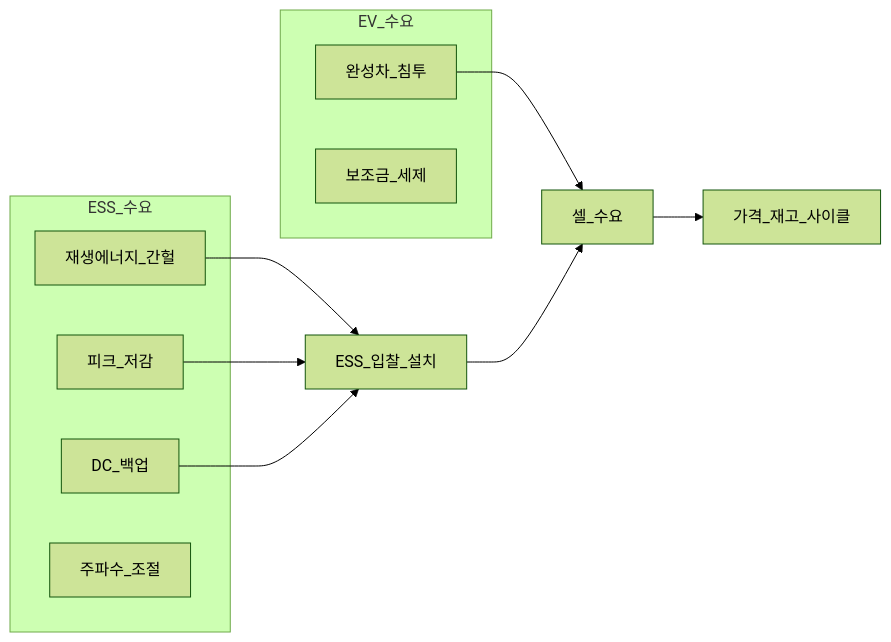
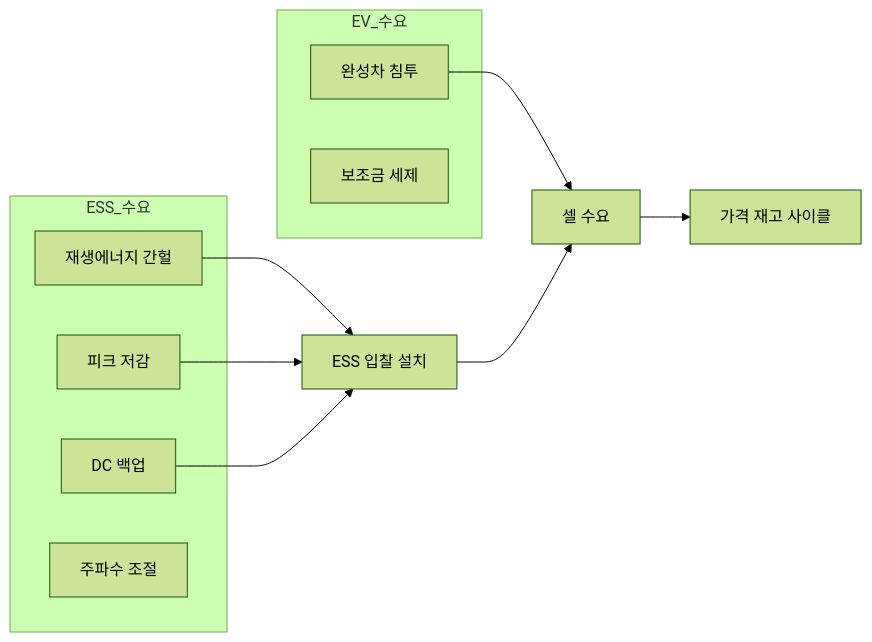
The third of 3 diagrams in 03-markets/sectors/battery-lfp-ncm-ess.md (goldanghenry/Finances), drawn with Mermaid (forest theme) before and after one commit. The commit also changed other lines of this file and 211 other files, not shown here.

````diff
--- a/03-markets/sectors/battery-lfp-ncm-ess.md
+++ b/03-markets/sectors/battery-lfp-ncm-ess.md
@@ -177,19 +183,19 @@
 ```mermaid
 flowchart LR
   subgraph ess_demand [ESS_수요]
-    RE[재생에너지_간헐]
-    Peak[피크_저감]
-    DC[DC_백업]
-    Reg[주파수_조절]
+    RE["재생에너지 간헐"]
+    Peak["피크 저감"]
+    DC["DC 백업"]
+    Reg["주파수 조절"]
   end
   subgraph ev_demand [EV_수요]
-    OEM[완성차_침투]
-    Incentive[보조금_세제]
+    OEM["완성차 침투"]
+    Incentive["보조금 세제"]
   end
-  RE --> ESS_Install[ESS_입찰_설치]
+  RE --> ESS_Install["ESS 입찰 설치"]
   Peak --> ESS_Install
   DC --> ESS_Install
-  OEM --> CellDemand[셀_수요]
+  OEM --> CellDemand["셀 수요"]
   ESS_Install --> CellDemand
-  CellDemand --> Cycle[가격_재고_사이클]
+  CellDemand --> Cycle["가격 재고 사이클"]
 ```
````
